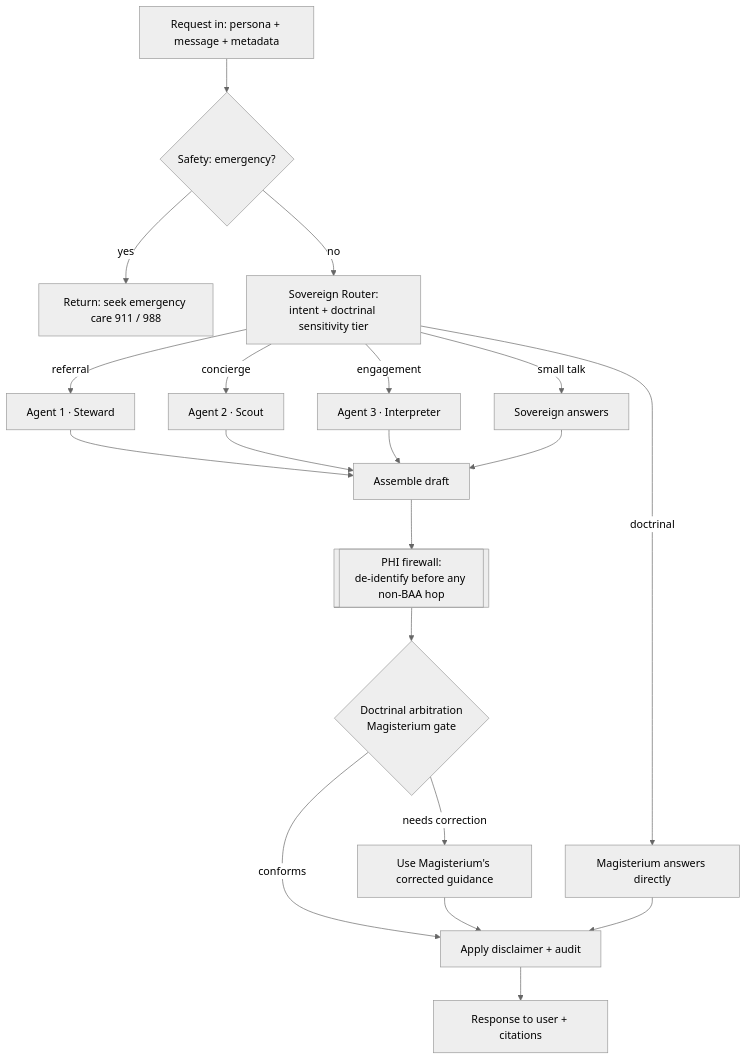
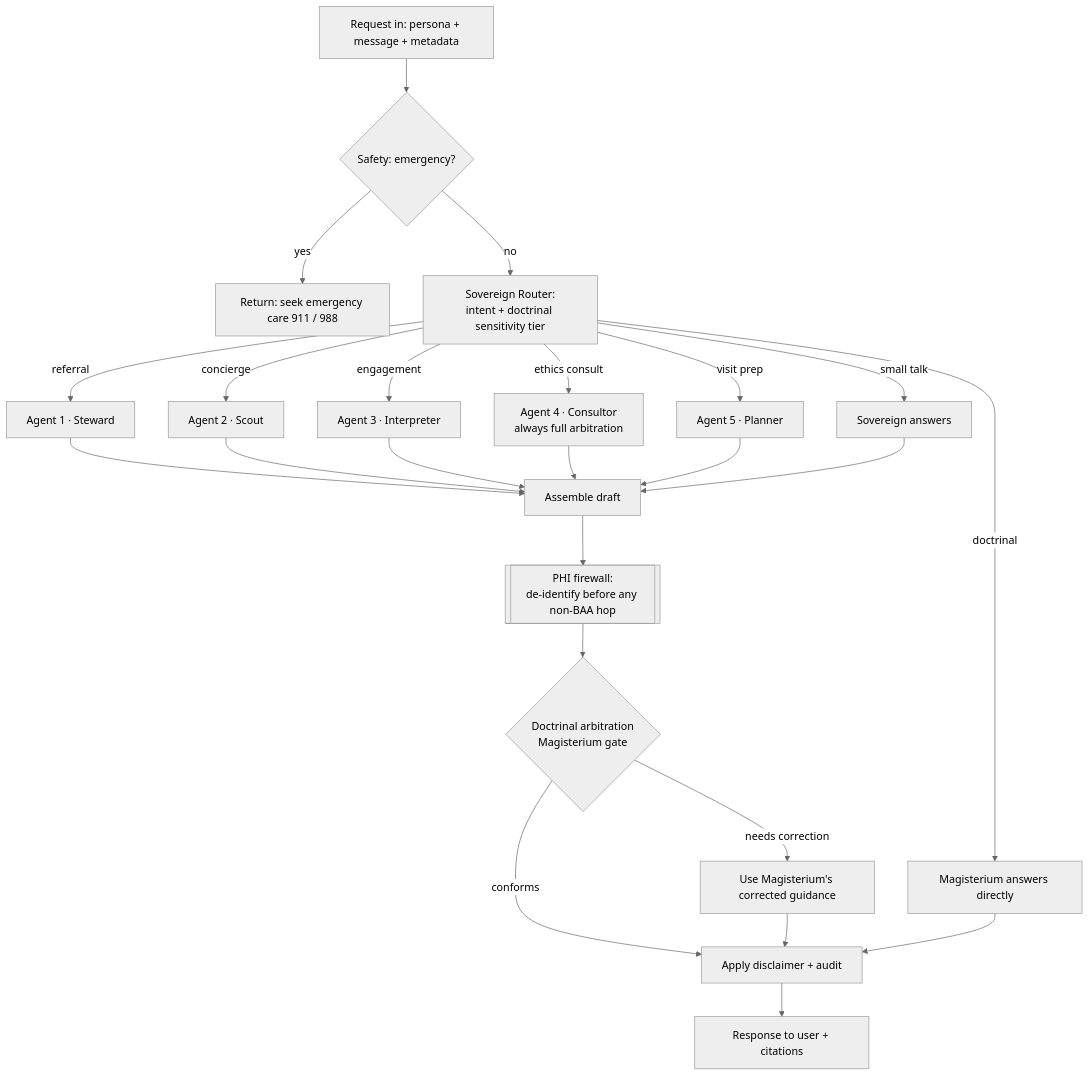
Before and after one commit to CosmaNeura/cosmaneura-sovereign: the diagram in ARCHITECTURE.md, drawn with Mermaid (neutral theme). The commit also changed other lines of this file and 15 other files, not shown here.

First line of the commit message:
Add provider copilot: visit-prep agent, ethics-consult agent, PubMed client

````diff
--- a/ARCHITECTURE.md
+++ b/ARCHITECTURE.md
@@ -51,21 +51,25 @@
 ```mermaid
 flowchart TD
     A[Request in: persona + message + metadata] --> S{Safety: emergency?}
     S -- yes --> E[Return: seek emergency care 911 / 988]
     S -- no --> R[Sovereign Router:<br/>intent + doctrinal sensitivity tier]
     R -->|doctrinal| M1[Magisterium answers directly]
     R -->|referral| AG1[Agent 1 · Steward]
     R -->|concierge| AG2[Agent 2 · Scout]
     R -->|engagement| AG3[Agent 3 · Interpreter]
+    R -->|ethics consult| AG4[Agent 4 · Consultor<br/>always full arbitration]
+    R -->|visit prep| AG5[Agent 5 · Planner]
     R -->|small talk| ST[Sovereign answers]
     AG1 --> ASM[Assemble draft]
     AG2 --> ASM
     AG3 --> ASM
+    AG4 --> ASM
+    AG5 --> ASM
     ST --> ASM
     ASM --> PHI[[PHI firewall:<br/>de-identify before any non-BAA hop]]
     PHI --> ARB{Doctrinal arbitration<br/>Magisterium gate}
     ARB -- conforms --> OUT[Apply disclaimer + audit]
     ARB -- needs correction --> FIX[Use Magisterium's corrected guidance] --> OUT
     M1 --> OUT
     OUT --> Z[Response to user + citations]
 ```
````
